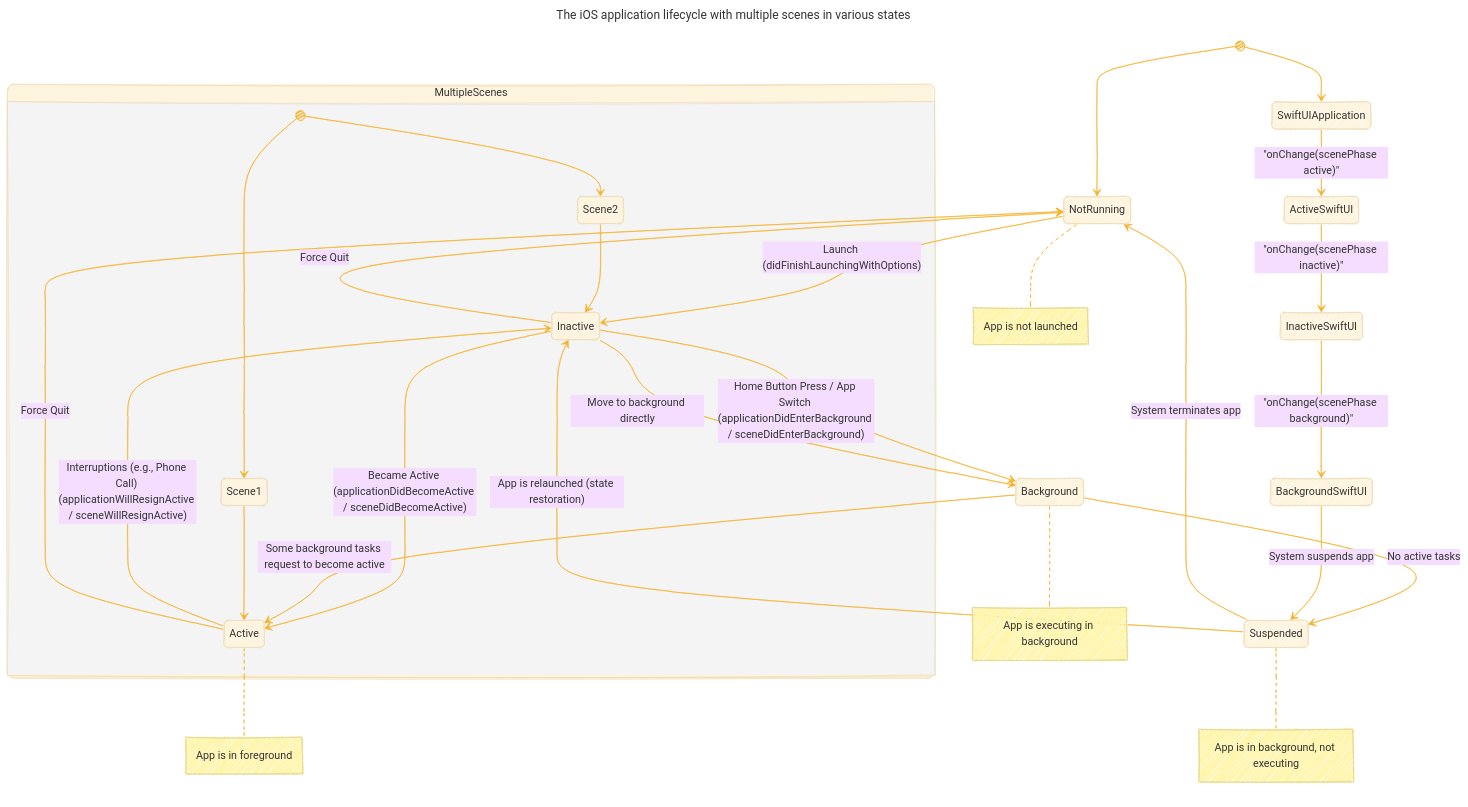
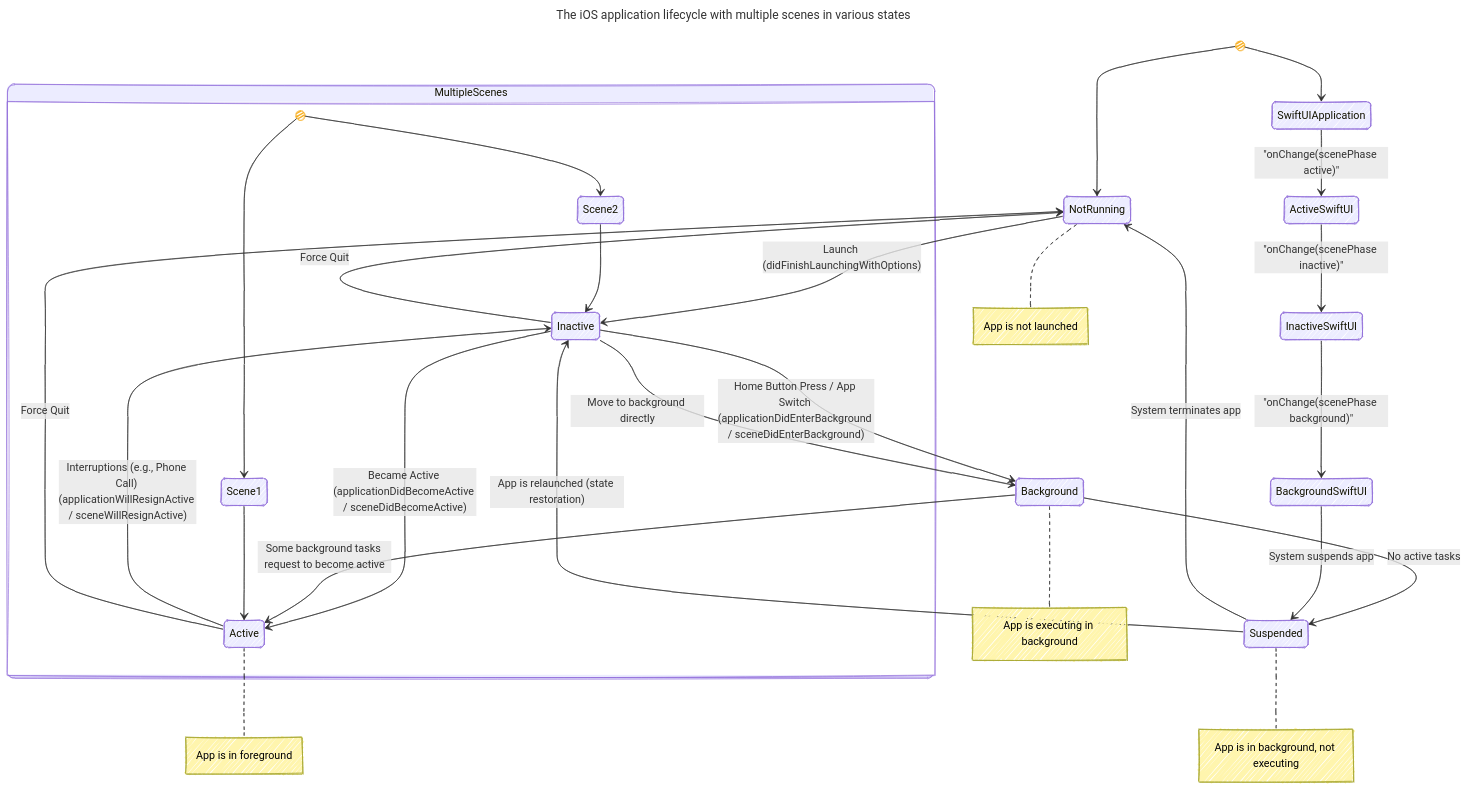
One commit to CongLeSolutionX/iOS-development-vault changed the sixth of 6 diagrams in iOS_app_and_view_lifecycle/iOS_app_lifecycle_with_UIKit_and_SwiftUI.md. Above: the diagram before and after it, drawn with Mermaid.

Commit message:
update notes

````diff
--- a/iOS_app_and_view_lifecycle/iOS_app_lifecycle_with_UIKit_and_SwiftUI.md
+++ b/iOS_app_and_view_lifecycle/iOS_app_lifecycle_with_UIKit_and_SwiftUI.md
@@ -370,75 +370,75 @@
 ```mermaid
 ---
 title: "The iOS application lifecycle with multiple scenes in various states"
 config:
   look: handDrawn
-  theme: base
+  theme: default
 ---
 %%%%%%%% Mermaid version v11.4.1-b.14
 %%%%%%%% Available curve styles include the following keywords:
 %% basis, bumpX, bumpY, cardinal, catmullRom, linear, monotoneX, monotoneY, natural, step, stepAfter, stepBefore.
 %%{
   init: {
     "stateDiagram-v2": { "htmlLabels": false, 'curve': 'linear' },
     'fontFamily': 'Fantasy',
     'themeVariables': {
       'lineColor': '#F8B229'
     }
   }
 }%%
 stateDiagram-v2
     [*] --> NotRunning
 
     NotRunning --> Inactive : Launch (didFinishLaunchingWithOptions)
     Inactive --> Active : Became Active (applicationDidBecomeActive / sceneDidBecomeActive)
     Active --> Inactive : Interruptions (e.g., Phone Call) (applicationWillResignActive / sceneWillResignActive)
     Inactive --> Background : Home Button Press / App Switch (applicationDidEnterBackground / sceneDidEnterBackground)
     Background --> Suspended : No active tasks
     Suspended --> NotRunning : System terminates app
 
     %% Additional Transitions
     Inactive --> Background : Move to background directly
     Background --> Active : Some background tasks request to become active
 
     %% Termination
     Active --> NotRunning : Force Quit
     Inactive --> NotRunning : Force Quit
 
     %% SwiftUI Lifecycle
     [*] --> SwiftUIApplication
 
     SwiftUIApplication --> ActiveSwiftUI : "onChange(scenePhase active)"
     ActiveSwiftUI --> InactiveSwiftUI : "onChange(scenePhase inactive)"
     InactiveSwiftUI --> BackgroundSwiftUI : "onChange(scenePhase background)"
     BackgroundSwiftUI --> Suspended : System suspends app
 
     %% State Restoration
     Suspended --> Inactive : App is relaunched (state restoration)
 
     %% Multiple Scenes
     state MultipleScenes {
         [*] --> Scene1
         [*] --> Scene2
 
         Scene1 --> Active
         Scene2 --> Inactive
     }
 
     %% Notes
     note right of NotRunning
         App is not launched
     end note
 
     note right of Active
         App is in foreground
     end note
 
     note right of Background
         App is executing in background
     end note
 
     note right of Suspended
         App is in background, not executing
     end note
 
 ```
````
